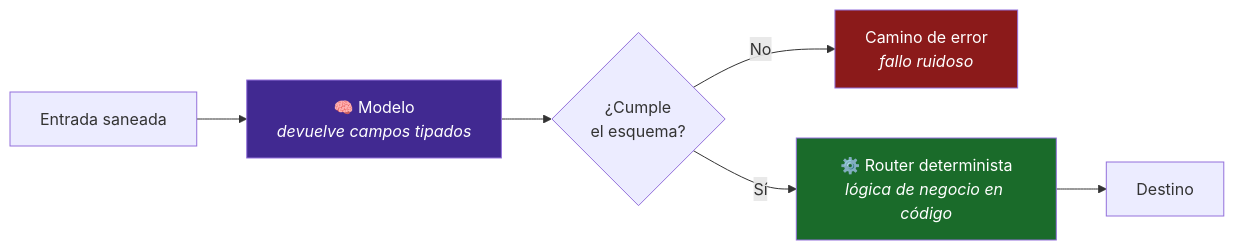
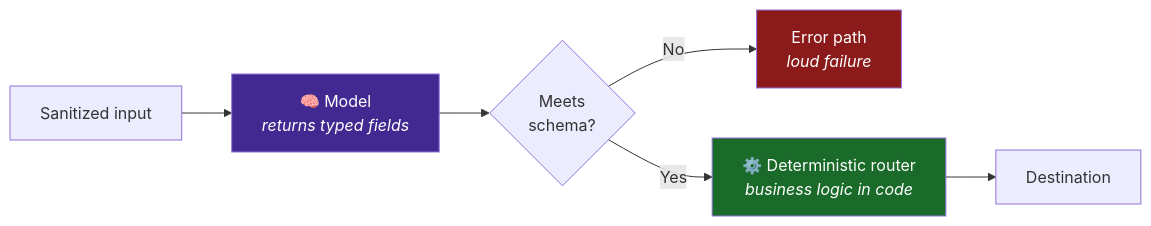
One commit to BhrayanM/Portafolio changed the second of 3 diagrams in docs/patterns/webhook-ai-crm-notify.md. Above: the diagram before and after it, drawn with Mermaid. The commit also changed other lines of this file and 59 other files, not shown here.

````diff
--- a/docs/patterns/webhook-ai-crm-notify.md
+++ b/docs/patterns/webhook-ai-crm-notify.md
@@ -104,12 +104,12 @@
 ```mermaid
 flowchart LR
-    A["Entrada saneada"] --> B["🧠 Modelo<br/><i>devuelve campos tipados</i>"]
-    B --> C{"¿Cumple<br/>el esquema?"}
-    C -- No --> D["Camino de error<br/><i>fallo ruidoso</i>"]
-    C -- Sí --> E["⚙️ Router determinista<br/><i>lógica de negocio en código</i>"]
-    E --> F["Destino"]
+    A["Sanitized input"] --> B["🧠 Model<br/><i>returns typed fields</i>"]
+    B --> C{"Meets<br/>schema?"}
+    C -- No --> D["Error path<br/><i>loud failure</i>"]
+    C -- Yes --> E["⚙️ Deterministic router<br/><i>business logic in code</i>"]
+    E --> F["Destination"]
 
     style B fill:#412991,color:#fff
     style E fill:#1a6b2a,color:#fff
     style D fill:#8b1a1a,color:#fff
 ```
````
